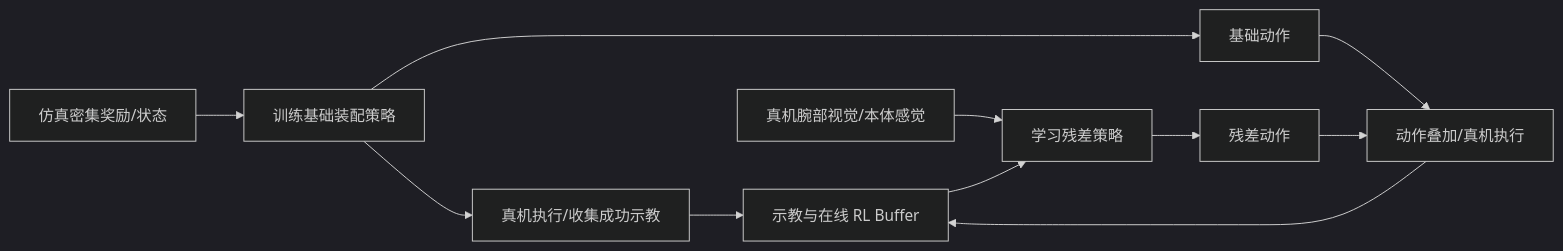
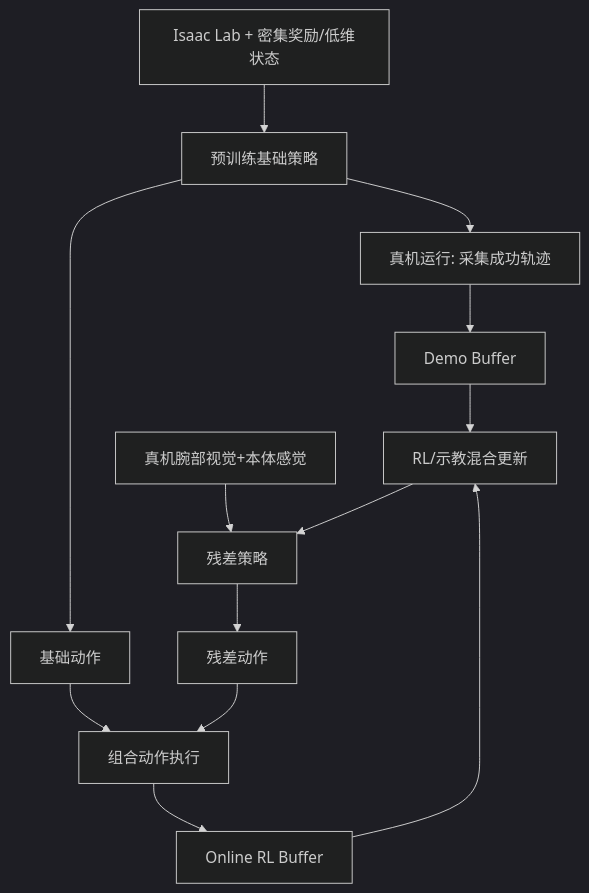
Before and after one commit to AforestSong/Sim2Real-Frontier-Survey: the fifth of 13 diagrams in docs/Sim2Real_前沿技术路线综述_2025-2026.md, drawn with Mermaid (dark theme). The commit also changed other lines of this file and 7 other files, not shown here.

````diff
--- a/docs/Sim2Real_前沿技术路线综述_2025-2026.md
+++ b/docs/Sim2Real_前沿技术路线综述_2025-2026.md
@@ -190,13 +284,15 @@
 ```mermaid
-flowchart LR
- A[仿真密集奖励/状态] --> B[训练基础装配策略]
- B --> C[真机执行/收集成功示教]
- C --> D[示教与在线 RL Buffer]
- E[真机腕部视觉/本体感觉] --> F[学习残差策略]
- D --> F
- B --> G[基础动作]
- F --> H[残差动作]
- G --> I[动作叠加/真机执行]
- H --> I
- I --> D
+flowchart TD
+ A[Isaac Lab + 密集奖励/低维状态] --> B[预训练基础策略]
+ B --> C[真机运行: 采集成功轨迹]
+ C --> D[Demo Buffer]
+ E[真机腕部视觉+本体感觉] --> F[残差策略]
+ D --> G[RL/示教混合更新]
+ H[Online RL Buffer] --> G
+ G --> F
+ B --> I[基础动作]
+ F --> J[残差动作]
+ I --> K[组合动作执行]
+ J --> K
+ K --> H
 ```
````
